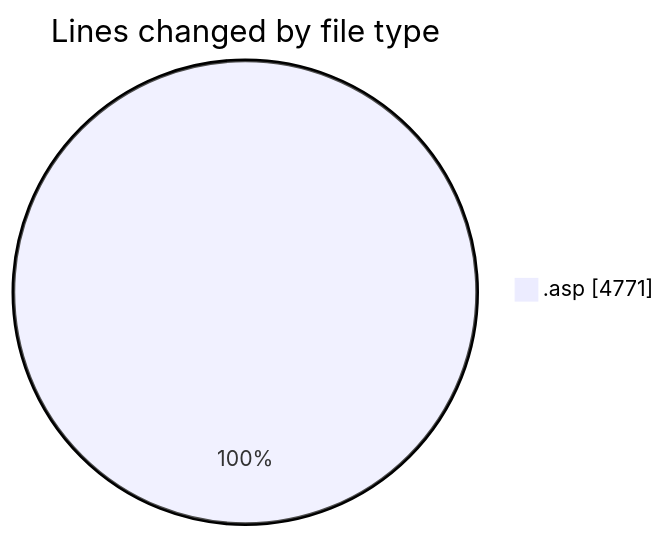
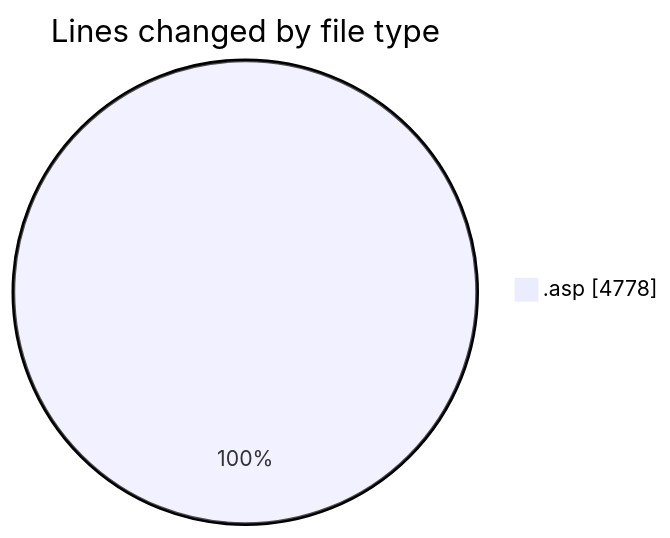
Before and after one commit to julien-gomy/code-tracking: the first of 2 diagrams in 2025-11-10/cdp_aleoudev_fr__workspace_/README.md, drawn with Mermaid. The commit also changed other lines of this file and 1 other file, not shown here.

````diff
--- a/2025-11-10/cdp_aleoudev_fr__workspace_/README.md
+++ b/2025-11-10/cdp_aleoudev_fr__workspace_/README.md
@@ -32,5 +32,5 @@
 ```mermaid
 pie showData
 title Lines changed by file type
-".asp" : 4771
+".asp" : 4778
 ```
````
